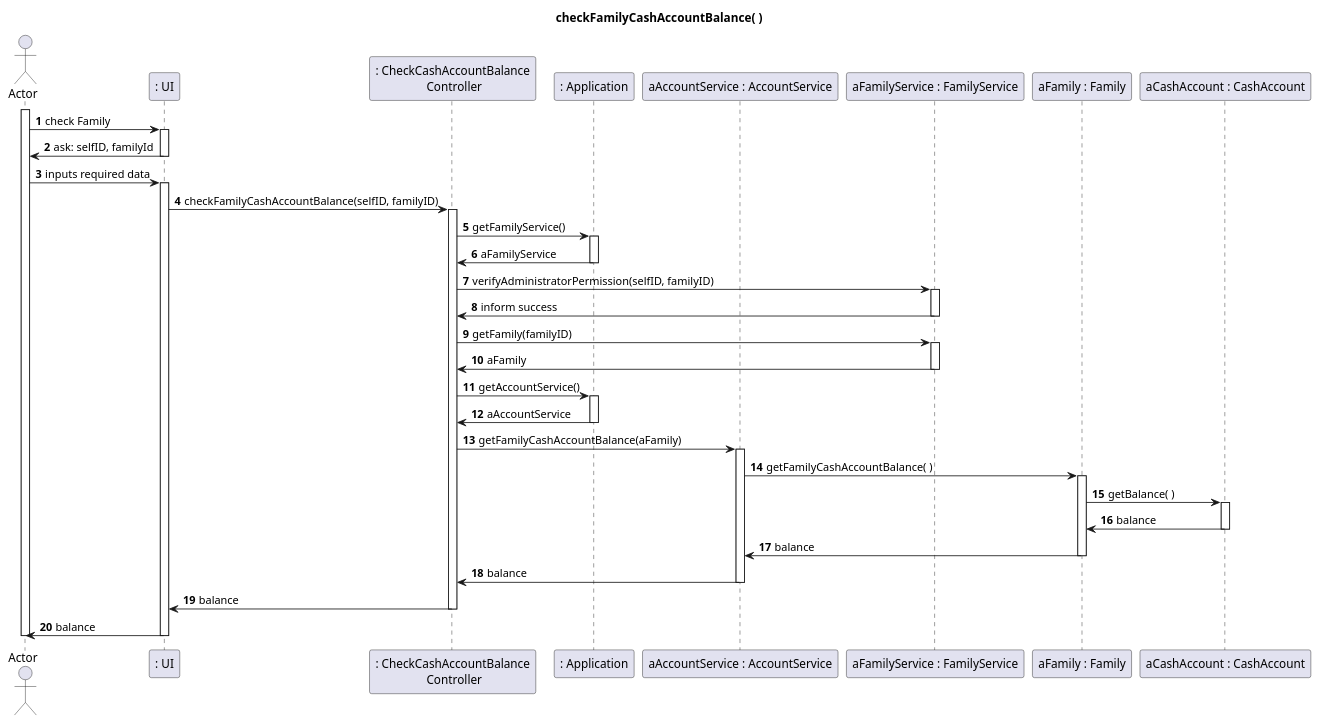
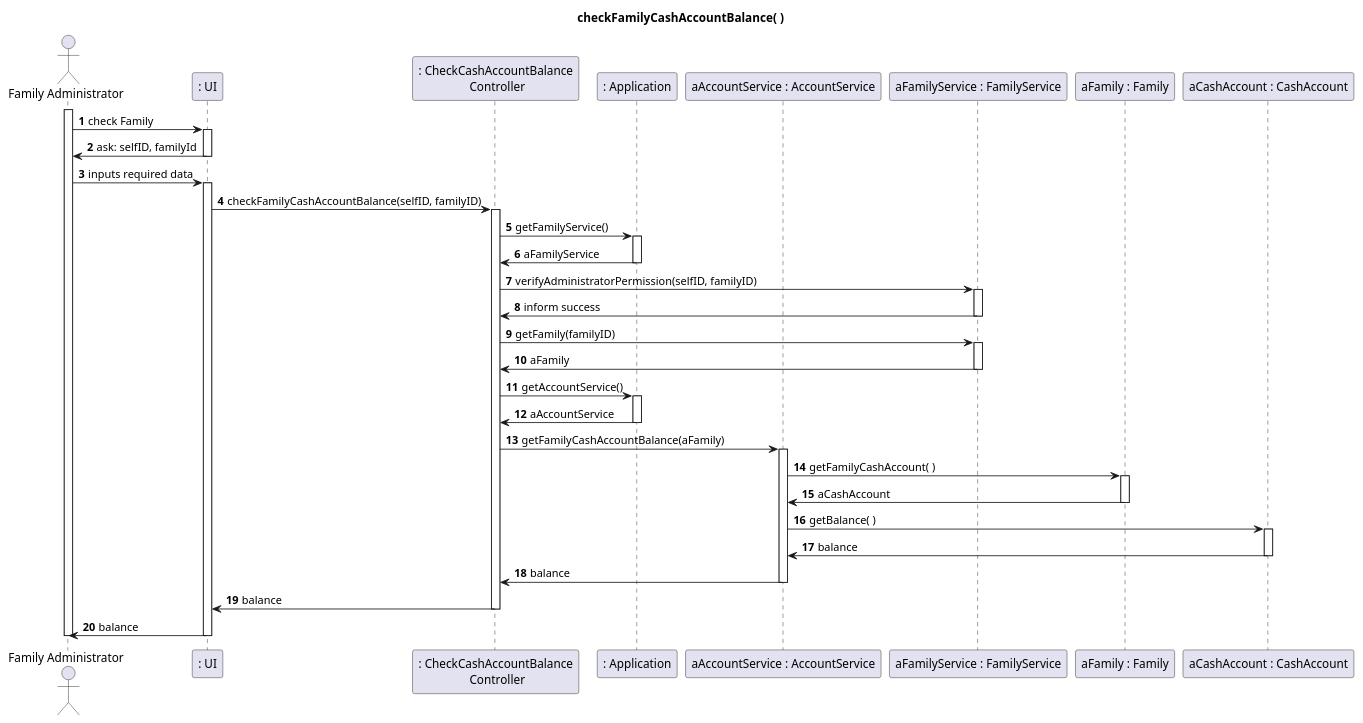
The fourth of 6 diagrams in docs/sprint2/user_stories/US135_CheckFamilyOrFamilyMemberCashAccountBalance.md (tomas-osswald/switch_2020_g3), drawn with PlantUML before and after one commit. The commit also changed other lines of this file and 2 other files, not shown here.

Commit message:
implementation of us135 w/o tests

````diff
--- a/docs/sprint2/user_stories/US135_CheckFamilyOrFamilyMemberCashAccountBalance.md
+++ b/docs/sprint2/user_stories/US135_CheckFamilyOrFamilyMemberCashAccountBalance.md
@@ -124,66 +124,66 @@
 ```puml
 autonumber 1
 title checkFamilyCashAccountBalance( )
-actor "Actor" as actor
+actor "Family Administrator" as actor
 participant ": UI" as UI
 participant ": CheckCashAccountBalance\n Controller" as controller
 participant ": Application" as app
 participant "aAccountService : AccountService" as aserv
 participant "aFamilyService : FamilyService" as fserv
 participant "aFamily : Family" as family
 participant "aCashAccount : CashAccount" as cash
 
 activate actor
 actor -> UI : check Family
 activate UI
 UI -> actor : ask: selfID, familyId
 deactivate UI
 
 actor -> UI : inputs required data
 activate UI
 UI -> controller : checkFamilyCashAccountBalance(selfID, familyID)
 
 activate controller
 controller -> app : getFamilyService()
 activate app
 app -> controller : aFamilyService
 deactivate app
 
 controller -> fserv : verifyAdministratorPermission(selfID, familyID)
 activate fserv
 fserv -> controller : inform success
 deactivate fserv
 
 controller -> fserv : getFamily(familyID)
 activate fserv
 fserv -> controller : aFamily
 deactivate fserv
 
 controller -> app : getAccountService()
 activate app
 controller <- app : aAccountService
 deactivate app
 
 controller -> aserv : getFamilyCashAccountBalance(aFamily)
 activate aserv
 
-aserv -> family : getFamilyCashAccountBalance( )
+aserv -> family : getFamilyCashAccount( )
 activate family
+family -> aserv : aCashAccount
+deactivate family
 
-family -> cash : getBalance( )
+aserv -> cash : getBalance( )
 activate cash
-cash -> family : balance
+cash -> aserv : balance
 deactivate cash
 
-family -> aserv : balance
-deactivate family
 aserv -> controller : balance
 deactivate aserv
 
 controller -> UI : balance
 deactivate controller
 
 UI -> actor : balance
 deactivate UI
 deactivate actor
 ```
````
